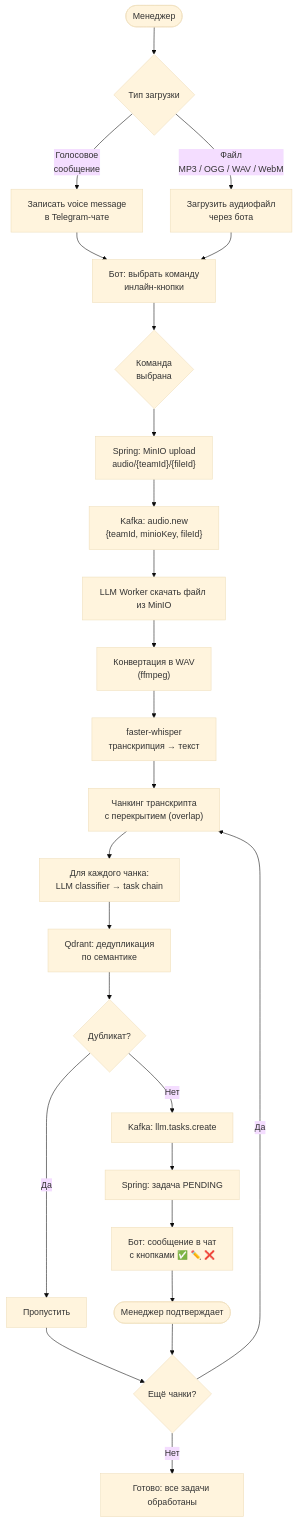
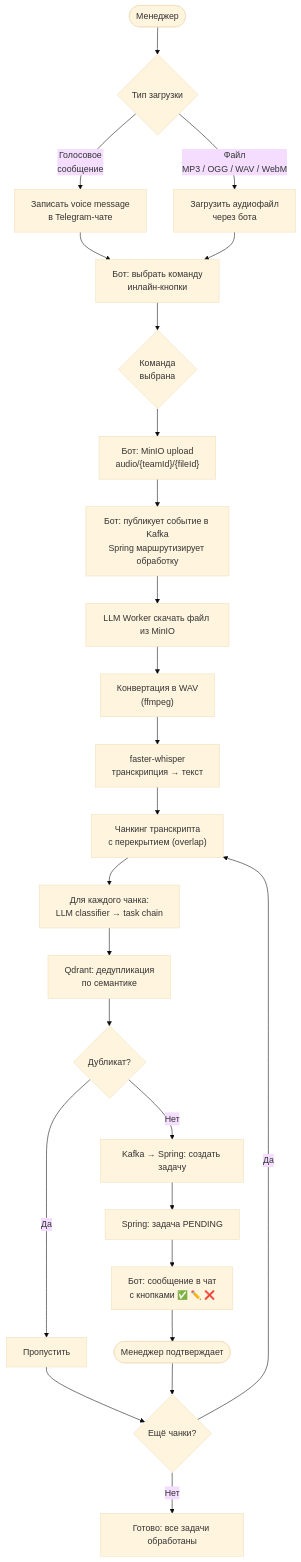
One commit to 42team-ru/teampilot changed the fifth of 12 diagrams in docs/user-flows.md. Above: the diagram before and after it, drawn with Mermaid (base theme). The commit also changed other lines of this file and 2 other files, not shown here.

````diff
--- a/docs/user-flows.md
+++ b/docs/user-flows.md
@@ -195,27 +194,27 @@
 ```mermaid
 flowchart TB
     Start(["Менеджер"]) --> A{"Тип загрузки"}
     A -- Голосовое\nсообщение --> B["Записать voice message\nв Telegram-чате"]
     A -- Файл\nMP3 / OGG / WAV / WebM --> C["Загрузить аудиофайл\nчерез бота"]
     B --> D["Бот: выбрать команду\nинлайн-кнопки"]
     C --> D
     D --> E{"Команда\nвыбрана"}
-    E --> F["Spring: MinIO upload\naudio/{teamId}/{fileId}"]
-    F --> G["Kafka: audio.new\n{teamId, minioKey, fileId}"]
+    E --> F["Бот: MinIO upload\naudio/{teamId}/{fileId}"]
+    F --> G["Бот: публикует событие в Kafka\nSpring маршрутизирует обработку"]
     G --> H["LLM Worker скачать файл из MinIO"]
     H --> I["Конвертация в WAV\n(ffmpeg)"]
     I --> J["faster-whisper\nтранскрипция → текст"]
     J --> K["Чанкинг транскрипта\nс перекрытием (overlap)"]
     K --> L["Для каждого чанка:\nLLM classifier → task chain"]
     L --> M["Qdrant: дедупликация\nпо семантике"]
     M --> N{"Дубликат?"}
     N -- Да --> O["Пропустить"]
-    N -- Нет --> P["Kafka: llm.tasks.create"]
+    N -- Нет --> P["Kafka → Spring: создать задачу"]
     P --> Q["Spring: задача PENDING"]
     Q --> R["Бот: сообщение в чат\nс кнопками ✅ ✏️ ❌"]
     R --> S(["Менеджер подтверждает"])
     O --> T{"Ещё чанки?"}
     S --> T
     T -- Да --> K
     T -- Нет --> U["Готово: все задачи обработаны"]
 ```
````
